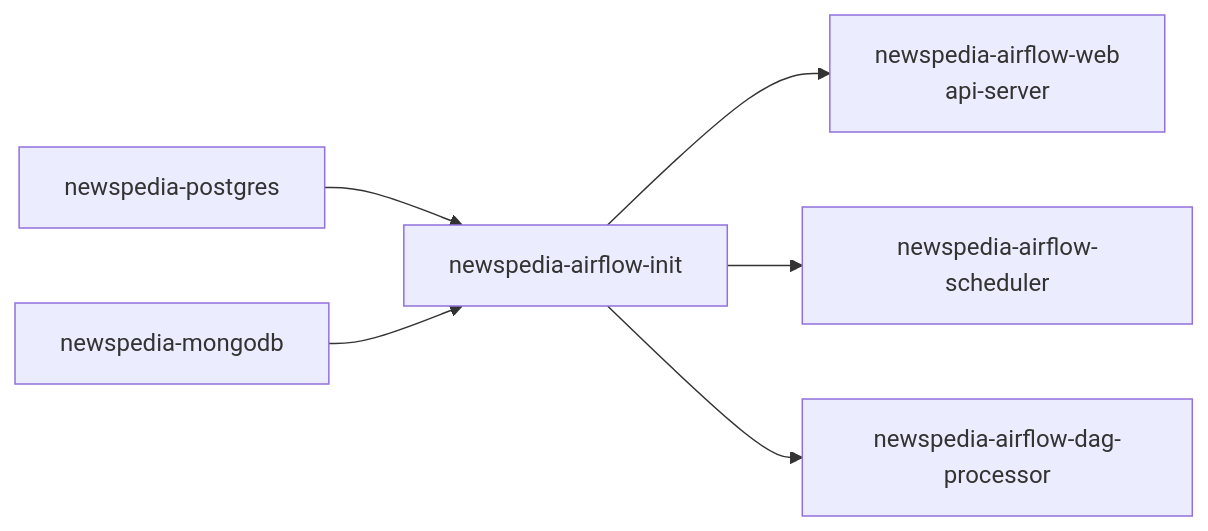
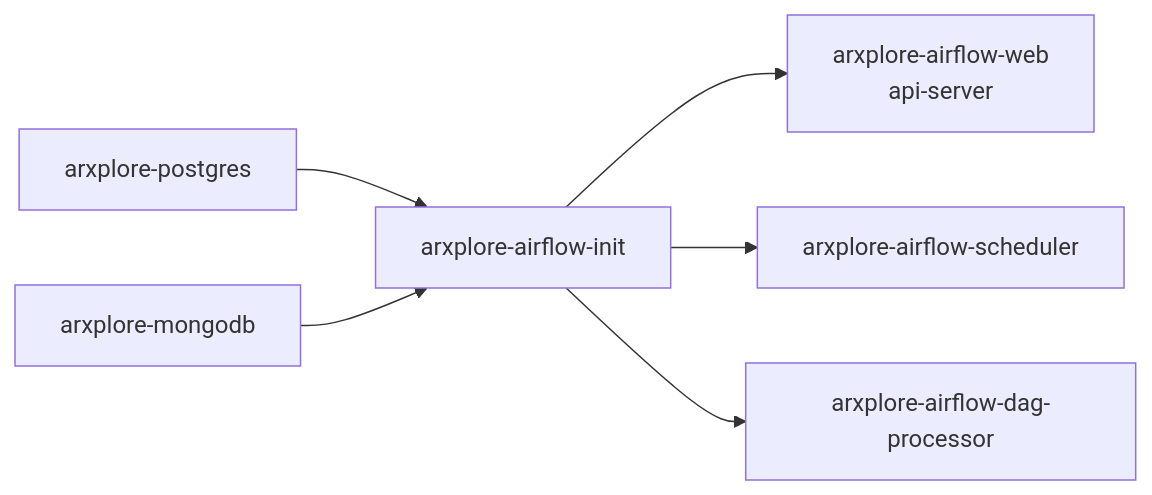
Before and after one commit to SKNETWORKS-FAMILY-AICAMP/SKN25-4th-2Team: the third of 4 diagrams in docs/ARCHITECTURE.md, drawn with Mermaid. The commit also changed other lines of this file and 58 other files, not shown here.

````diff
--- a/docs/ARCHITECTURE.md
+++ b/docs/ARCHITECTURE.md
@@ -60,8 +60,8 @@
 ```mermaid
 flowchart LR
-    PG[newspedia-postgres] --> Init[newspedia-airflow-init]
-    MG[newspedia-mongodb] --> Init
-    Init --> API[newspedia-airflow-web<br/>api-server]
-    Init --> SCH[newspedia-airflow-scheduler]
-    Init --> DP[newspedia-airflow-dag-processor]
+    PG[arxplore-postgres] --> Init[arxplore-airflow-init]
+    MG[arxplore-mongodb] --> Init
+    Init --> API[arxplore-airflow-web<br/>api-server]
+    Init --> SCH[arxplore-airflow-scheduler]
+    Init --> DP[arxplore-airflow-dag-processor]
 ```
````
